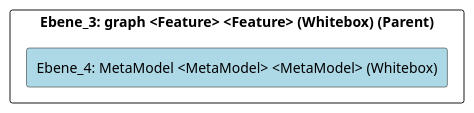
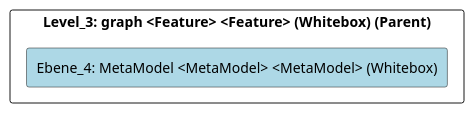
The diagram in doc/cleonproject_deliverables_architecture_model_architecture/adoc/de/05_bausteinsicht/cleon/modeling_languages/graph/metamodel/ebene_4_metamodel.adoc (marcozwyssig/cleon), drawn with PlantUML before and after one commit. The commit also changed other lines of this file and 169 other files, not shown here.

```diff
--- a/doc/cleonproject_deliverables_architecture_model_architecture/adoc/de/05_bausteinsicht/cleon/modeling_languages/graph/metamodel/ebene_4_metamodel.adoc
+++ b/doc/cleonproject_deliverables_architecture_model_architecture/adoc/de/05_bausteinsicht/cleon/modeling_languages/graph/metamodel/ebene_4_metamodel.adoc
@@ -20,24 +20,24 @@
 [plantuml, Ebene_4: MetaModel <MetaModel> <MetaModel> (Whitebox)BlockOverview, format="svg"]
 ----
 @startuml Ebene_4: MetaModel <MetaModel> <MetaModel> (Whitebox)BuildingBlockOverview
 
 skinparam ranksep 10
 skinparam componentStyle rectangle
 skinparam shadowing false
 skinparam arrowColor lightblue
 skinparam arrowThickness 1.2
 skinparam rectangle {
   BackgroundColor White
   BorderColor #333
   RoundCorner 10
 }
 top to bottom direction
 
-component "Ebene_3: graph <Feature> <Feature> (Whitebox) (Parent)" {
+component "Level_3: graph <Feature> <Feature> (Whitebox) (Parent)" {
     component "Ebene_4: MetaModel <MetaModel> <MetaModel> (Whitebox)" #lightblue {
     }
 
 }
 
 @enduml
 ----
```
